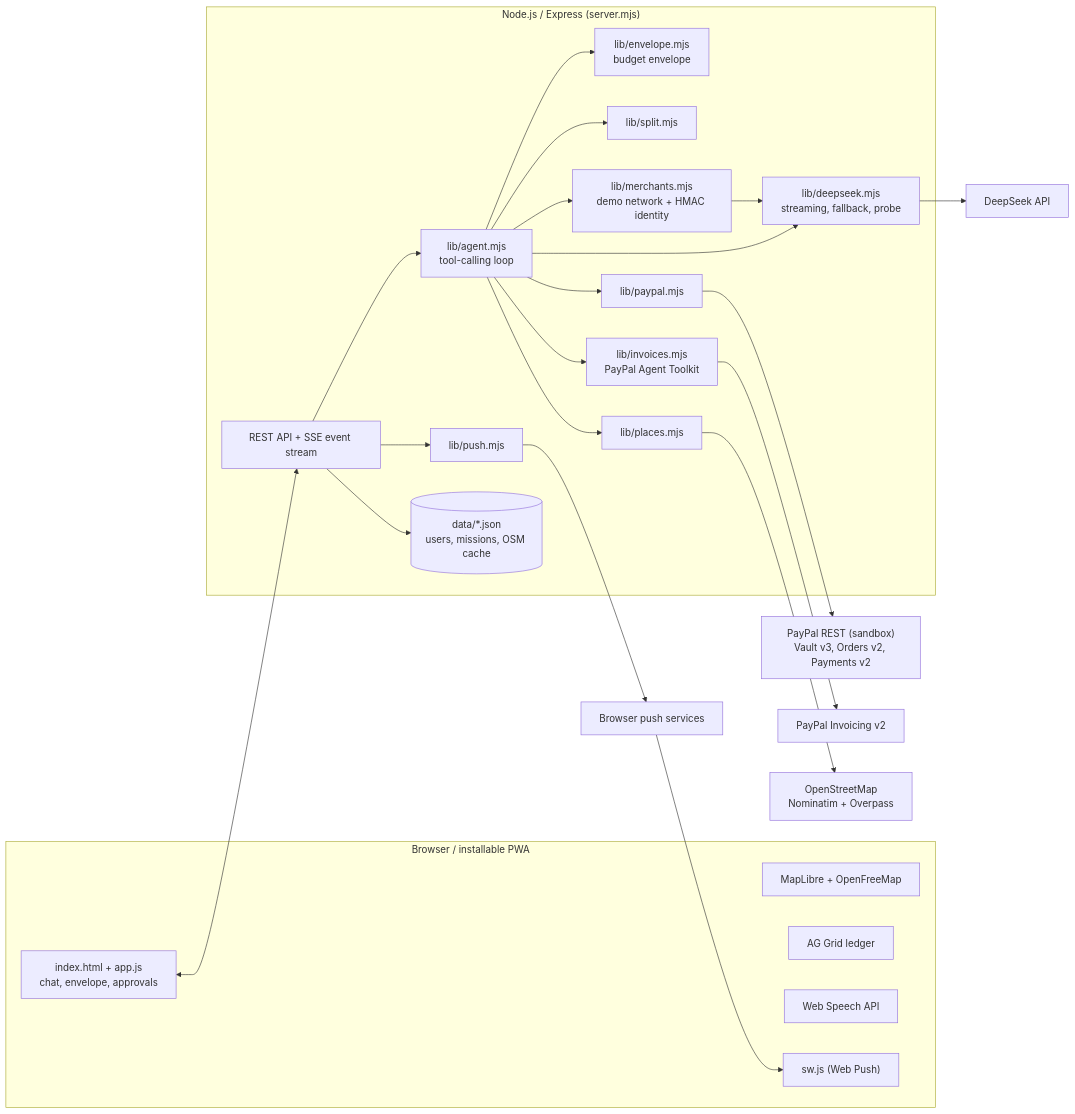
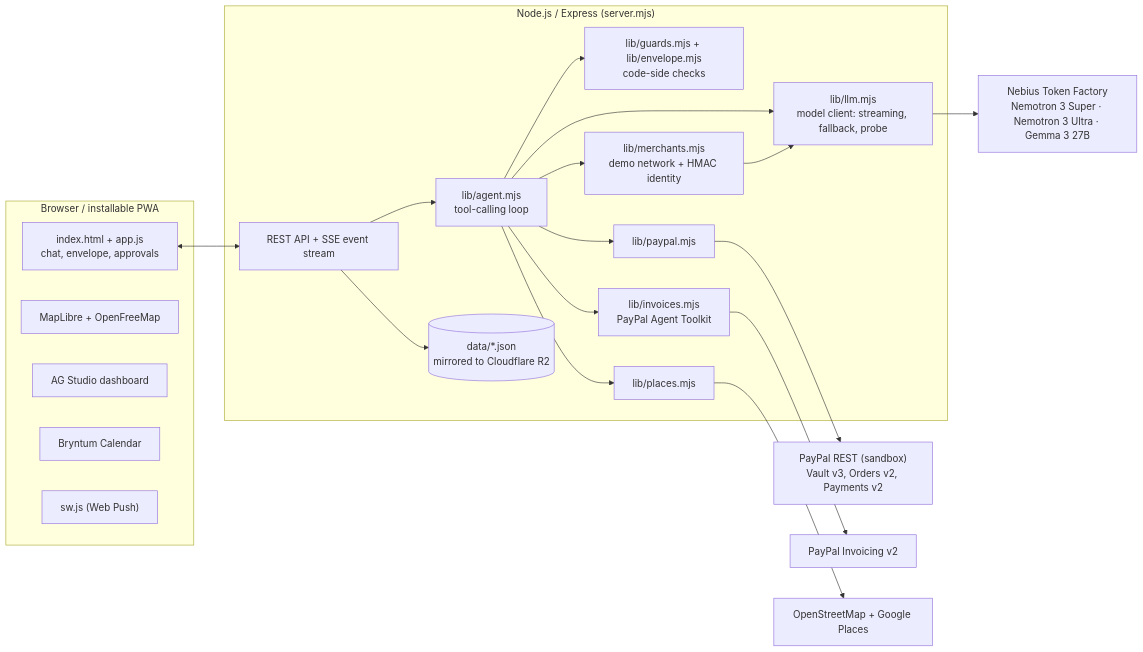
The diagram in README.md (blanco1er/mandat), drawn with Mermaid before and after one commit. The commit also changed other lines of this file and 22 other files, not shown here.

````diff
--- a/README.md
+++ b/README.md
@@ -110,43 +99,38 @@
 ```mermaid
 flowchart LR
   subgraph Browser["Browser / installable PWA"]
     UI["index.html + app.js<br/>chat, envelope, approvals"]
     MAP["MapLibre + OpenFreeMap"]
-    GRID["AG Grid ledger"]
-    VOICE["Web Speech API"]
+    STUDIO["AG Studio dashboard"]
+    CAL["Bryntum Calendar"]
     SW["sw.js (Web Push)"]
   end
 
   subgraph Server["Node.js / Express (server.mjs)"]
     API["REST API + SSE event stream"]
     AGENT["lib/agent.mjs<br/>tool-calling loop"]
-    ENV["lib/envelope.mjs<br/>budget envelope"]
-    SPLIT["lib/split.mjs"]
+    GUARDS["lib/guards.mjs + lib/envelope.mjs<br/>code-side checks"]
     MER["lib/merchants.mjs<br/>demo network + HMAC identity"]
     PLACES["lib/places.mjs"]
     PP["lib/paypal.mjs"]
     INV["lib/invoices.mjs<br/>PayPal Agent Toolkit"]
-    PUSH["lib/push.mjs"]
-    DS["lib/deepseek.mjs<br/>streaming, fallback, probe"]
-    DATA[("data/*.json<br/>users, missions, OSM cache")]
+    LLM["lib/llm.mjs<br/>model client: streaming, fallback, probe"]
+    DATA[("data/*.json<br/>mirrored to Cloudflare R2")]
   end
 
   UI <--> API
   API --> AGENT
-  AGENT --> ENV
-  AGENT --> SPLIT
+  AGENT --> GUARDS
   AGENT --> MER
   AGENT --> PLACES
   AGENT --> PP
   AGENT --> INV
-  AGENT --> DS
-  MER --> DS
-  API --> PUSH
+  AGENT --> LLM
+  MER --> LLM
   API --> DATA
 
-  DS --> DEEPSEEK["DeepSeek API"]
+  LLM --> TF["Nebius Token Factory<br/>Nemotron 3 Super · Nemotron 3 Ultra · Gemma 3 27B"]
   PP --> PAYPAL["PayPal REST (sandbox)<br/>Vault v3, Orders v2, Payments v2"]
   INV --> PAYPALINV["PayPal Invoicing v2"]
-  PLACES --> OSM["OpenStreetMap<br/>Nominatim + Overpass"]
-  PUSH --> PUSHSVC["Browser push services"] --> SW
+  PLACES --> OSM["OpenStreetMap + Google Places"]
 ```
````
